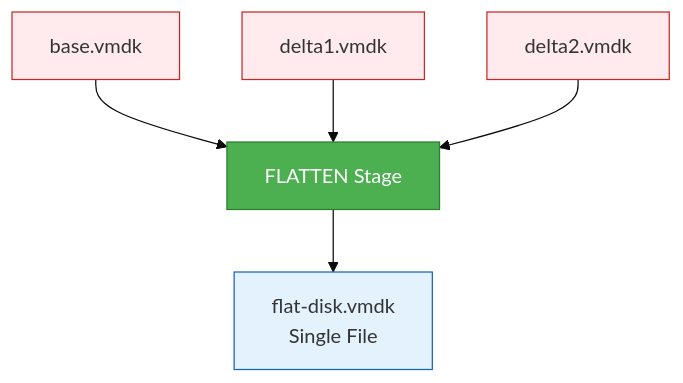
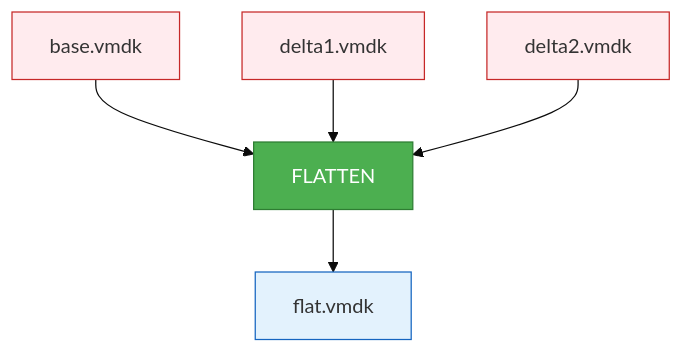
The third of 9 diagrams in docs/presentation/pipeline-architecture.md (ssahani/hyper2kvm), drawn with Mermaid (base theme) before and after one commit. The commit also changed other lines of this file, not shown here.

First line of the commit message:
fix: Completely rewrite Mermaid diagrams for GitHub compatibility

````diff
--- a/docs/presentation/pipeline-architecture.md
+++ b/docs/presentation/pipeline-architecture.md
@@ -80,15 +89,15 @@
 ```mermaid
 graph TD
-    I1[base.vmdk] --> FLATTEN[FLATTEN Stage]
+    I1[base.vmdk] --> FLATTEN[FLATTEN]
     I2[delta1.vmdk] --> FLATTEN
     I3[delta2.vmdk] --> FLATTEN
-    FLATTEN --> O[flat-disk.vmdk<br/>Single File]
+    FLATTEN --> O[flat.vmdk]
 
     classDef input fill:#FFEBEE,stroke:#C62828
     classDef stage fill:#4CAF50,stroke:#2E7D32,color:#fff
     classDef output fill:#E3F2FD,stroke:#1565C0
 
     class I1,I2,I3 input
     class FLATTEN stage
     class O output
 ```
````
